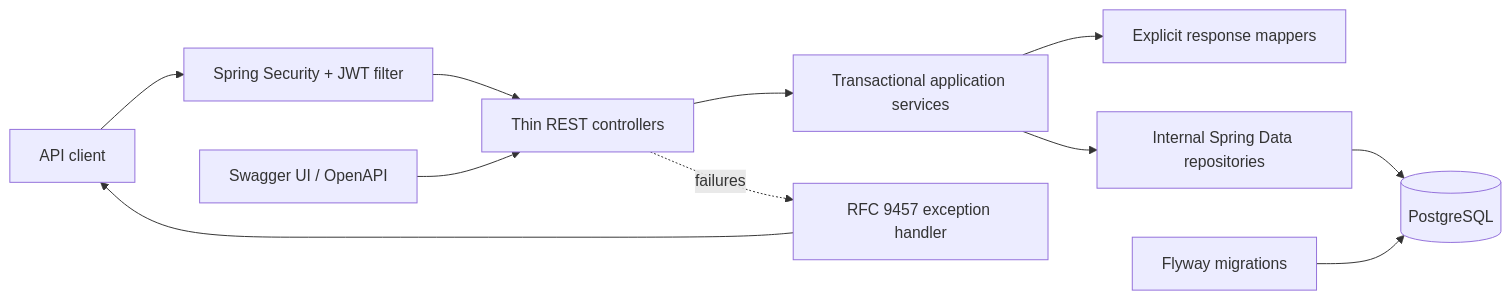
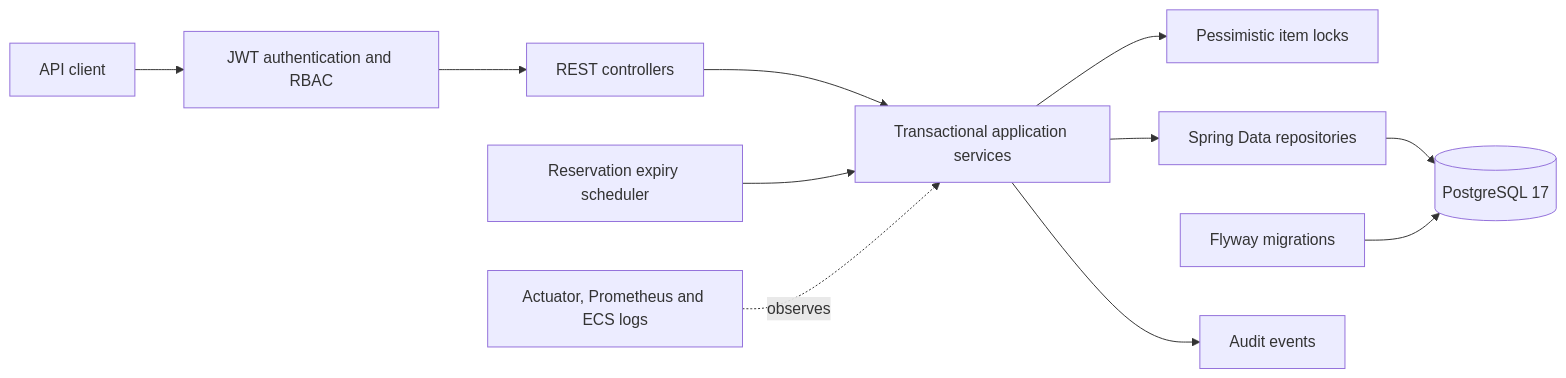
Before and after one commit to ricardoportoIE/resource-lending-api: the first of 2 diagrams in readme.md, drawn with Mermaid. The commit also changed other lines of this file and 59 other files, not shown here.

````diff
--- a/readme.md
+++ b/readme.md
@@ -64,13 +32,13 @@
 ```mermaid
 flowchart LR
-    Client[API client] --> Security[Spring Security + JWT filter]
-    Security --> Controllers[Thin REST controllers]
+    Client[API client] --> Security[JWT authentication and RBAC]
+    Security --> Controllers[REST controllers]
     Controllers --> Services[Transactional application services]
-    Services --> Mappers[Explicit response mappers]
-    Services --> Repositories[Internal Spring Data repositories]
-    Repositories --> DB[(PostgreSQL)]
+    Services --> Locks[Pessimistic item locks]
+    Services --> Repositories[Spring Data repositories]
+    Repositories --> DB[(PostgreSQL 17)]
     Flyway[Flyway migrations] --> DB
-    Controllers -. failures .-> Errors[RFC 9457 exception handler]
-    Errors --> Client
-    OpenAPI[Swagger UI / OpenAPI] --> Controllers
+    Services --> Audit[Audit events]
+    Scheduler[Reservation expiry scheduler] --> Services
+    Observability[Actuator, Prometheus and ECS logs] -. observes .-> Services
 ```
````
